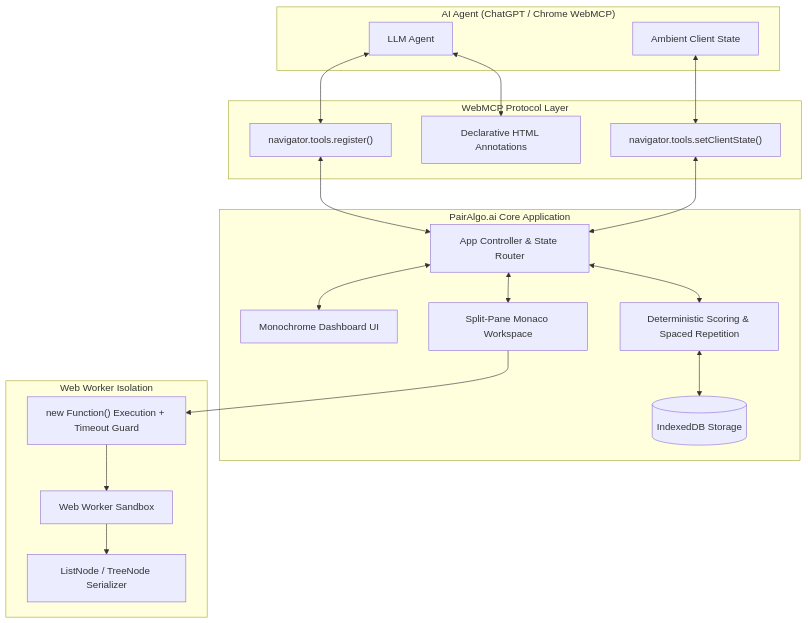
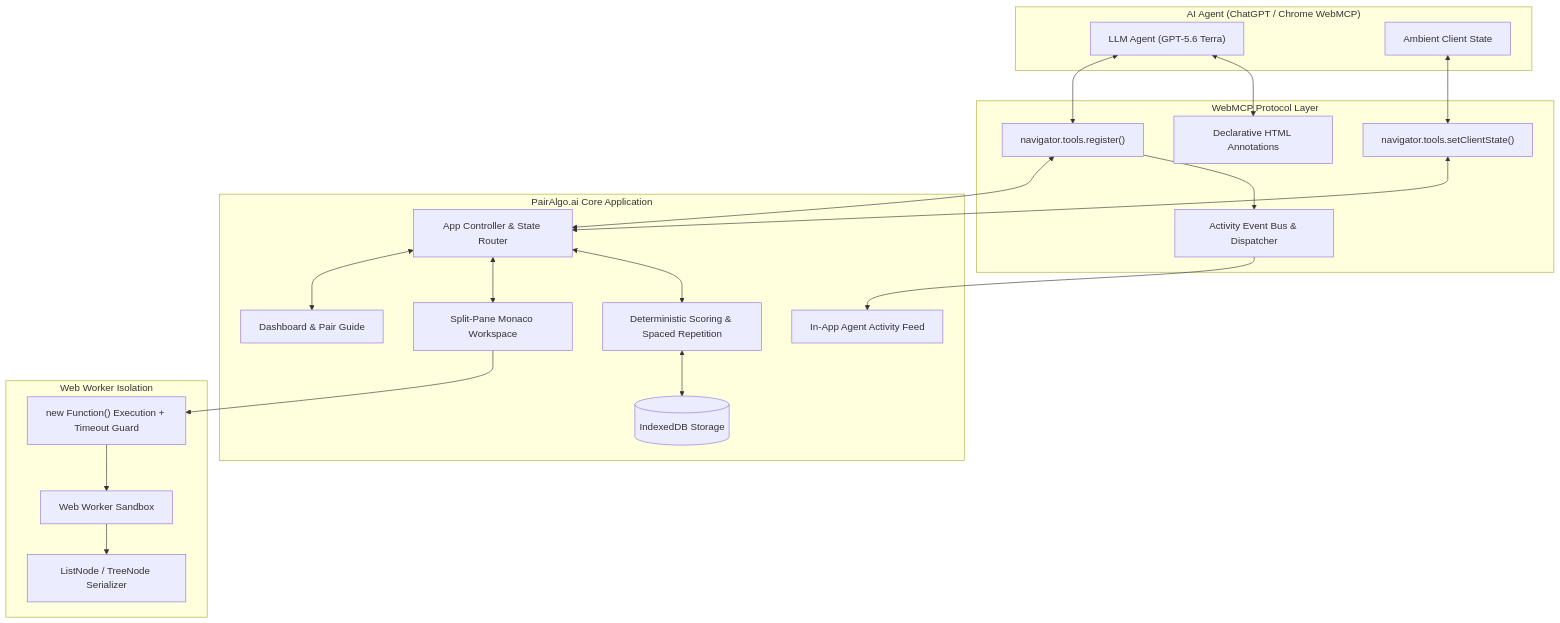
One commit to vmlgtm/pairalgo-ai changed the diagram in README.md. Above: the diagram before and after it, drawn with Mermaid. The commit also changed other lines of this file and 20 other files, not shown here.

Commit message:
feat(ui): add live agent activity feed, in-app agent guide modal, and event bridge for WebMCP tool executions

````diff
--- a/README.md
+++ b/README.md
@@ -39,40 +41,44 @@
 ```mermaid
 flowchart TB
     subgraph BrowserAgent["AI Agent (ChatGPT / Chrome WebMCP)"]
-        Agent["LLM Agent"]
+        Agent["LLM Agent (GPT-5.6 Terra)"]
         Context["Ambient Client State"]
     end
 
     subgraph WebMCPProtocol["WebMCP Protocol Layer"]
         Reg["navigator.tools.register()"]
         State["navigator.tools.setClientState()"]
         Decl["Declarative HTML Annotations"]
+        Evts["Activity Event Bus & Dispatcher"]
     end
 
     subgraph AppCore["PairAlgo.ai Core Application"]
         MainRouter["App Controller & State Router"]
-        DashboardUI["Monochrome Dashboard UI"]
+        DashboardUI["Dashboard & Pair Guide"]
         WorkspaceUI["Split-Pane Monaco Workspace"]
+        FeedUI["In-App Agent Activity Feed"]
         Engine["Deterministic Scoring & Spaced Repetition"]
         IDB[("IndexedDB Storage")]
     end
 
     subgraph ExecutionSandbox["Web Worker Isolation"]
         Worker["Web Worker Sandbox"]
         DSHelpers["ListNode / TreeNode Serializer"]
         Runner["new Function() Execution + Timeout Guard"]
     end
 
     Agent <--> Reg
     Context <--> State
     Agent <--> Decl
     Reg <--> MainRouter
     State <--> MainRouter
+    Reg --> Evts
+    Evts --> FeedUI
     MainRouter <--> DashboardUI
     MainRouter <--> WorkspaceUI
     MainRouter <--> Engine
     Engine <--> IDB
     WorkspaceUI --> Runner
     Runner --> Worker
     Worker --> DSHelpers
 ```
````
